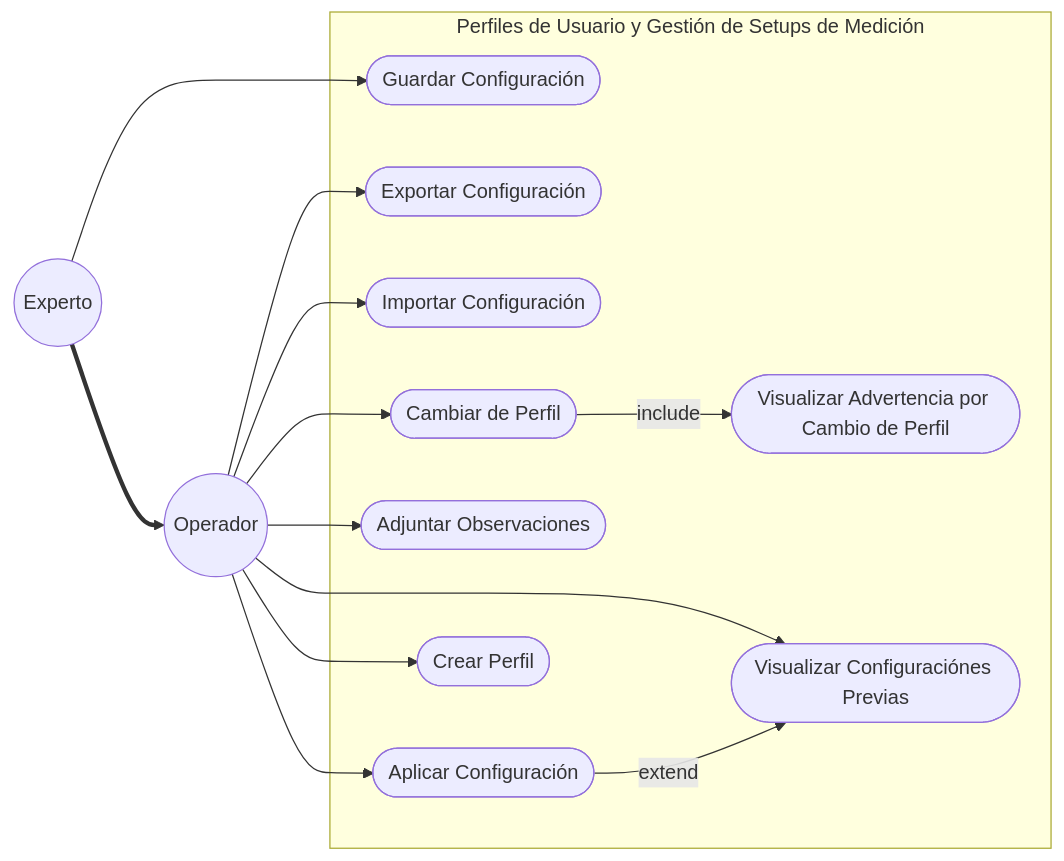
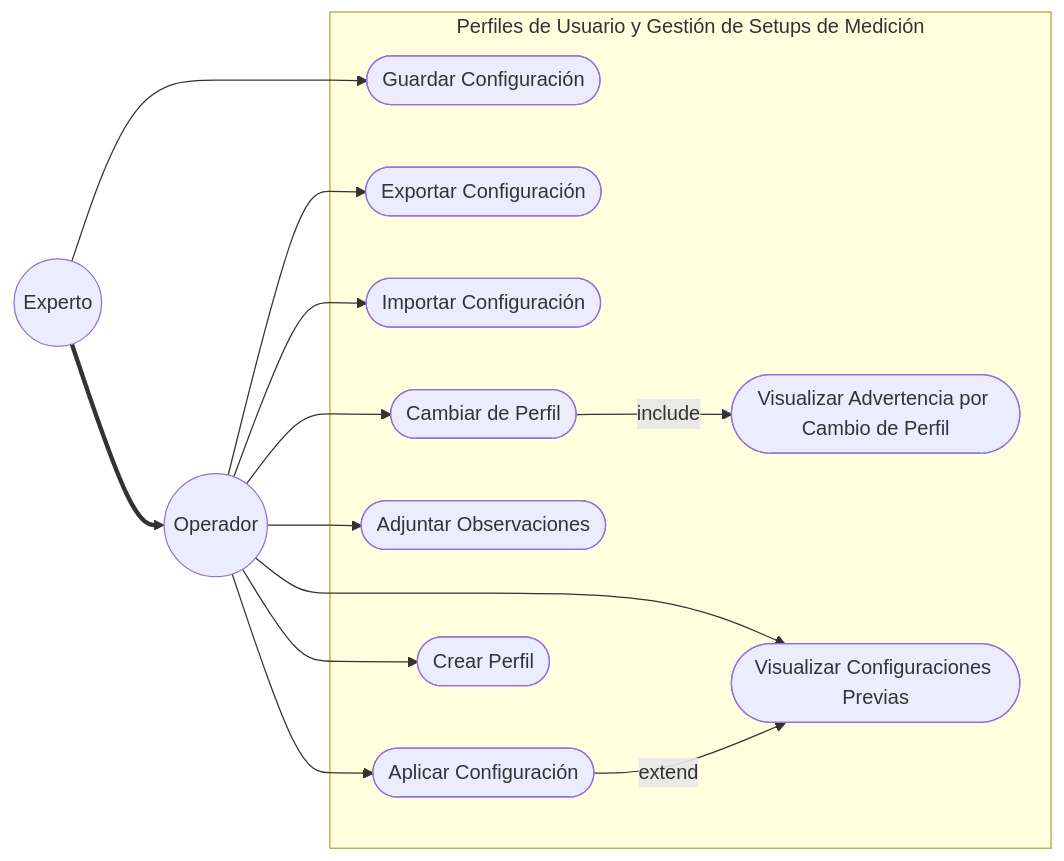
One commit to alegrelias/Repo-GMini changed the fourth of 5 diagrams in Gmini-MarkDown/Guanaco Mini.md. Above: the diagram before and after it, drawn with Mermaid. The commit also changed other lines of this file and 1 other file, not shown here.

````diff
--- a/Gmini-MarkDown/Guanaco Mini.md
+++ b/Gmini-MarkDown/Guanaco Mini.md
@@ -557,36 +557,36 @@
 ```mermaid
 flowchart LR
 %% Actores
 Operador((Operador))
 Experto((Experto))
 
 subgraph Perfiles de Usuario y Gestión de Setups de Medición
 	CU1([Guardar Configuración])
 	CU2([Exportar Configuración])
 	CU3([Importar Configuración])
 	CU4([Aplicar Configuración])
 	CU5([Adjuntar Observaciones])
 	CU6([Cambiar de Perfil])
 	CU7([Visualizar Advertencia por Cambio de Perfil])
-	CU8([Visualizar Configuraciónes Previas])
+	CU8([Visualizar Configuraciones Previas])
 	CU9([Crear Perfil])
 end
 
 %% Jerarquía
 Experto ==> Operador
 
 %% Asociaciones
 Experto --> CU1
 Operador --> CU2
 Operador --> CU3
 Operador --> CU4
 Operador --> CU8
 Operador --> CU5
 Operador --> CU6
 Operador --> CU9
 
 
 %% Relaciones Include/Extend
 CU6 --include--> CU7
 CU4 --extend--> CU8
 ```
````
